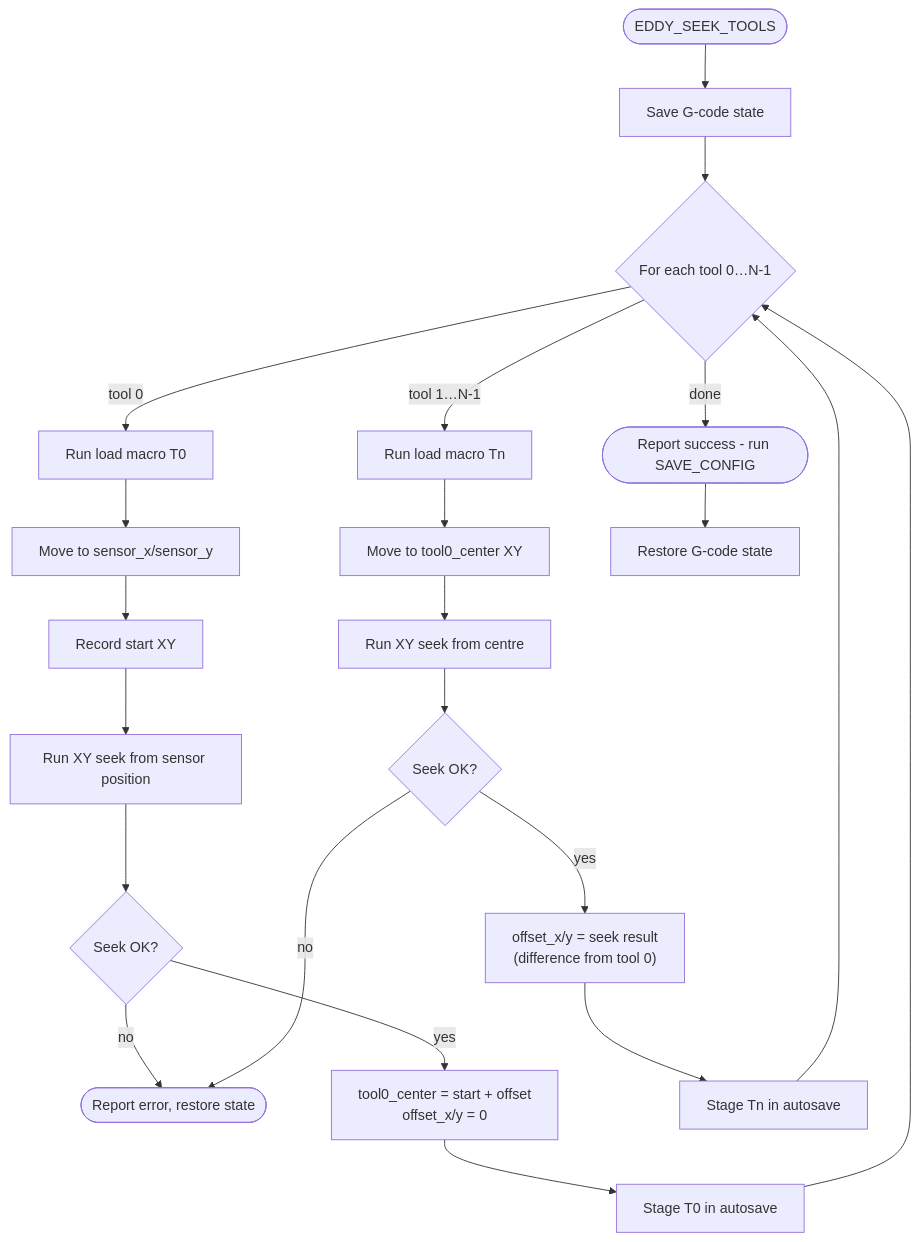
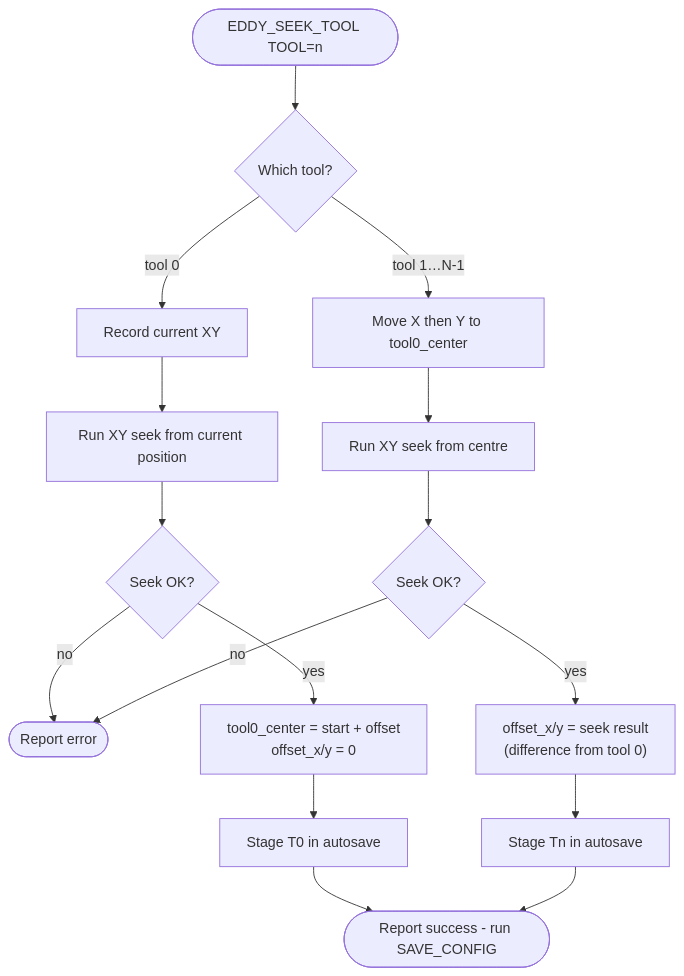
The second of 7 diagrams in docs/CALIBRATION_PROCESS.md (charliemayall/EddySeek), drawn with Mermaid before and after one commit. The commit also changed other lines of this file and 19 other files, not shown here.

First line of the commit message:
fix:LOAD= / sensor_x/y) - remove handling of loading tools

````diff
--- a/docs/CALIBRATION_PROCESS.md
+++ b/docs/CALIBRATION_PROCESS.md
@@ -59,27 +54,21 @@
 ```mermaid
 flowchart TD
-    START([EDDY_SEEK_TOOLS]) --> SAVE[Save G-code state]
-    SAVE --> LOOP{For each tool 0…N-1}
+    START([EDDY_SEEK_TOOL TOOL=n]) --> LOOP{Which tool?}
 
-    LOOP -->|tool 0| T0_LOAD[Run load macro T0]
-    T0_LOAD --> T0_MOVE[Move to sensor_x/sensor_y]
-    T0_MOVE --> T0_START[Record start XY]
-    T0_START --> T0_SEEK[Run XY seek from sensor position]
+    LOOP -->|tool 0| T0_START[Record current XY]
+    T0_START --> T0_SEEK[Run XY seek from current position]
     T0_SEEK --> T0_OK{Seek OK?}
-    T0_OK -->|no| FAIL([Report error, restore state])
+    T0_OK -->|no| FAIL([Report error])
     T0_OK -->|yes| T0_CENTER["tool0_center = start + offset<br/>offset_x/y = 0"]
     T0_CENTER --> STAGE0[Stage T0 in autosave]
 
-    LOOP -->|tool 1…N-1| LOAD[Run load macro Tn]
-    LOAD --> MOVE[Move to tool0_center XY]
+    LOOP -->|tool 1…N-1| MOVE[Move X then Y to tool0_center]
     MOVE --> TN_SEEK[Run XY seek from centre]
     TN_SEEK --> TN_OK{Seek OK?}
     TN_OK -->|no| FAIL
     TN_OK -->|yes| TN_OFF["offset_x/y = seek result<br/>(difference from tool 0)"]
     TN_OFF --> STAGEN[Stage Tn in autosave]
 
-    STAGE0 --> LOOP
-    STAGEN --> LOOP
-    LOOP -->|done| DONE([Report success - run SAVE_CONFIG])
-    DONE --> RESTORE[Restore G-code state]
+    STAGE0 --> DONE([Report success - run SAVE_CONFIG])
+    STAGEN --> DONE
 ```
````
